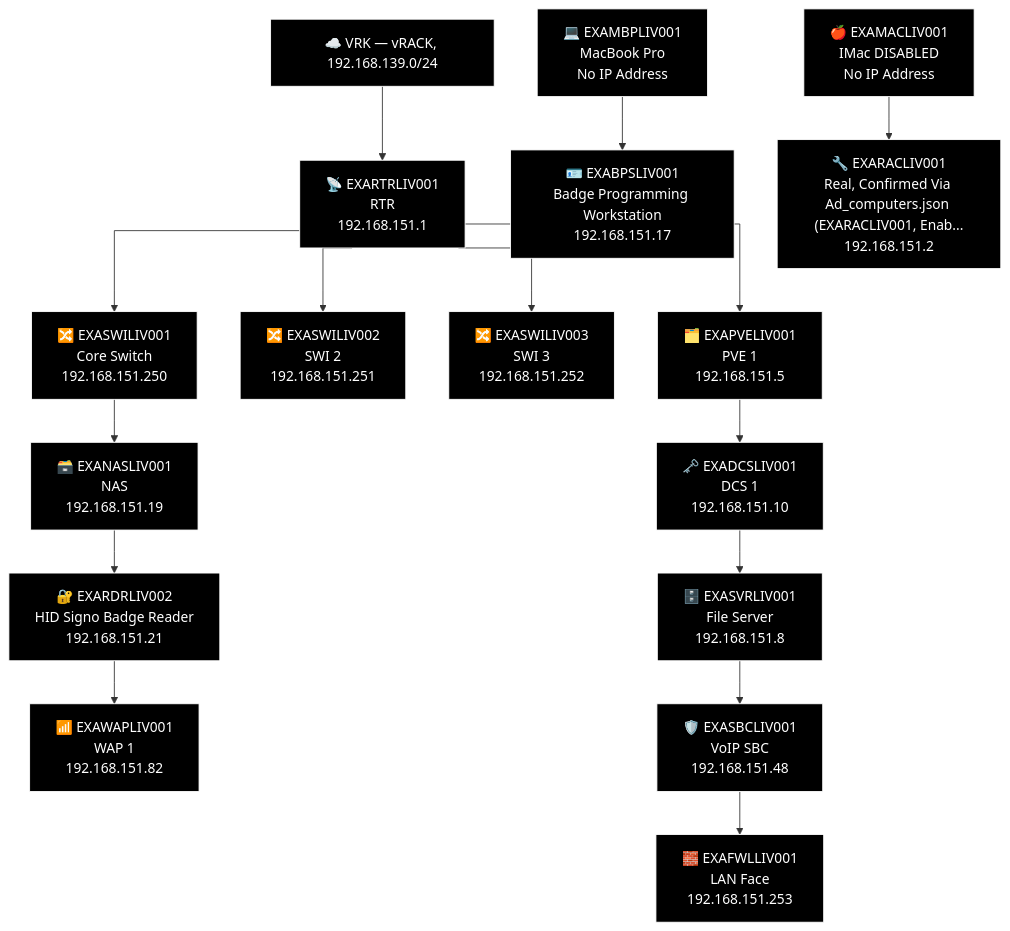
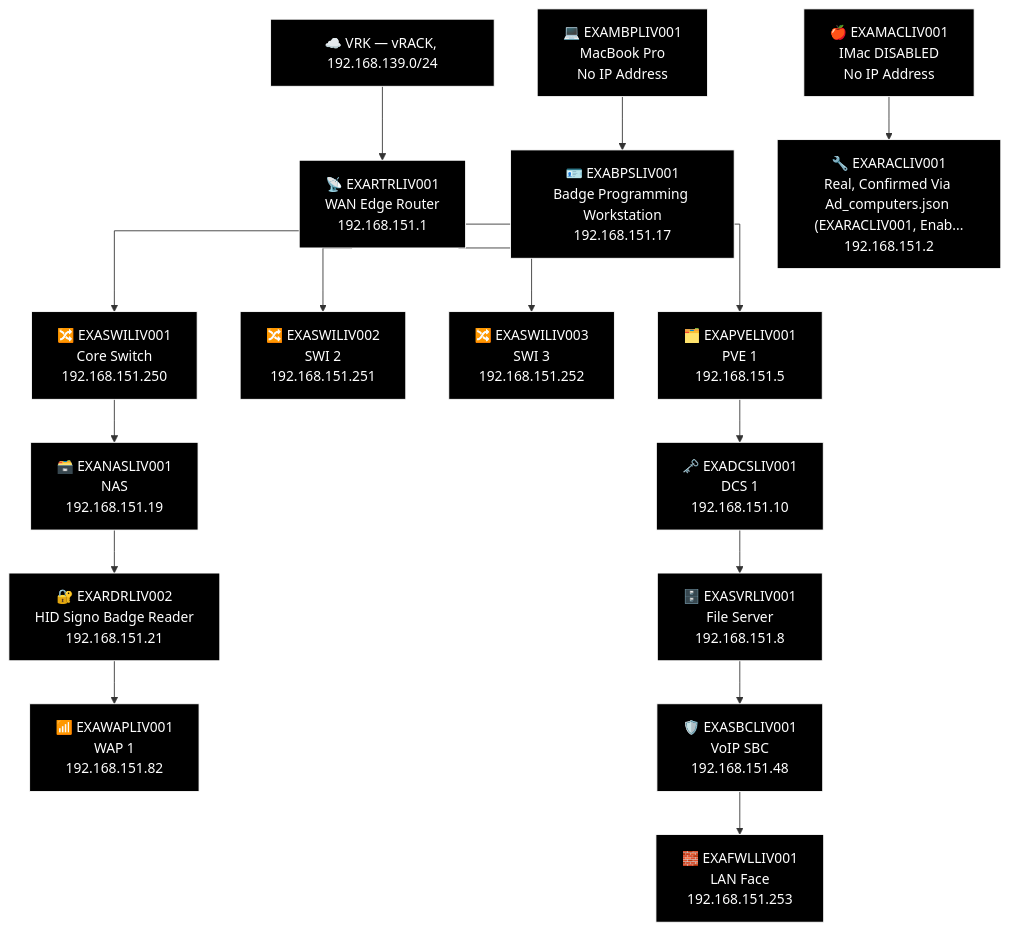
One commit to knightmare2600/example_music_infra changed diagram 12 of 27 in docs/network-diagram/england.md. Above: the diagram before and after it, drawn with Mermaid. The commit also changed other lines of this file and 17 other files, not shown here.

````diff
--- a/docs/network-diagram/england.md
+++ b/docs/network-diagram/england.md
@@ -594,49 +594,49 @@
 ```mermaid
 %% GENERATED:TOPOLOGY:LIV:START
 %%{init: {'flowchart': {'curve': 'stepAfter'}}}%%
 graph TD
     T_VRK["☁️ VRK — vRACK, 192.168.139.0/24"]
-    T_RTR["📡 EXARTRLIV001<br/>RTR<br/>192.168.151.1"]
+    T_RTR["📡 EXARTRLIV001<br/>WAN Edge Router<br/>192.168.151.1"]
     T_VRK --> T_RTR
     T_PVE["🗂️ EXAPVELIV001<br/>PVE 1<br/>192.168.151.5"]
     T_RTR --> T_PVE
     T_SWI["🔀 EXASWILIV002<br/>SWI 2<br/>192.168.151.251"]
     T_RTR --> T_SWI
     T_SWI2["🔀 EXASWILIV003<br/>SWI 3<br/>192.168.151.252"]
     T_RTR --> T_SWI2
     T_SWI3["🔀 EXASWILIV001<br/>Core Switch<br/>192.168.151.250"]
     T_RTR --> T_SWI3
     T_NAS["🗃️ EXANASLIV001<br/>NAS<br/>192.168.151.19"]
     T_RDR["🔐 EXARDRLIV002<br/>HID Signo Badge Reader<br/>192.168.151.21"]
     T_WAP["📶 EXAWAPLIV001<br/>WAP 1<br/>192.168.151.82"]
     T_SWI3 --> T_NAS --> T_RDR --> T_WAP
     T_DCS["🗝️ EXADCSLIV001<br/>DCS 1<br/>192.168.151.10"]
     T_SVR["🗄️ EXASVRLIV001<br/>File Server<br/>192.168.151.8"]
     T_SBC["🛡️ EXASBCLIV001<br/>VoIP SBC<br/>192.168.151.48"]
     T_FWL["🧱 EXAFWLLIV001<br/>LAN Face<br/>192.168.151.253"]
     T_PVE --> T_DCS --> T_SVR --> T_SBC --> T_FWL
     T_MBP["💻 EXAMBPLIV001<br/>MacBook Pro<br/>No IP Address"]
     T_MAC["🍎 EXAMACLIV001<br/>IMac DISABLED<br/>No IP Address"]
     T_BPS["🪪 EXABPSLIV001<br/>Badge Programming Workstation<br/>192.168.151.17"]
     T_RAC["🔧 EXARACLIV001<br/>Real, Confirmed Via Ad_computers.json (EXARACLIV001, Enab...<br/>192.168.151.2"]
     T_MBP --> T_BPS
     T_MAC --> T_RAC
     style T_VRK fill:#000000,stroke:#FFFFFF,color:#FFFFFF
     style T_RTR fill:#000000,stroke:#FFFFFF,color:#FFFFFF
     style T_PVE fill:#000000,stroke:#FFFFFF,color:#FFFFFF
     style T_SWI fill:#000000,stroke:#FFFFFF,color:#FFFFFF
     style T_SWI2 fill:#000000,stroke:#FFFFFF,color:#FFFFFF
     style T_SWI3 fill:#000000,stroke:#FFFFFF,color:#FFFFFF
     style T_NAS fill:#000000,stroke:#FFFFFF,color:#FFFFFF
     style T_RDR fill:#000000,stroke:#FFFFFF,color:#FFFFFF
     style T_WAP fill:#000000,stroke:#FFFFFF,color:#FFFFFF
     style T_DCS fill:#000000,stroke:#FFFFFF,color:#FFFFFF
     style T_SVR fill:#000000,stroke:#FFFFFF,color:#FFFFFF
     style T_SBC fill:#000000,stroke:#FFFFFF,color:#FFFFFF
     style T_FWL fill:#000000,stroke:#FFFFFF,color:#FFFFFF
     style T_MBP fill:#000000,stroke:#FFFFFF,color:#FFFFFF
     style T_MAC fill:#000000,stroke:#FFFFFF,color:#FFFFFF
     style T_BPS fill:#000000,stroke:#FFFFFF,color:#FFFFFF
     style T_RAC fill:#000000,stroke:#FFFFFF,color:#FFFFFF
 %% GENERATED:TOPOLOGY:LIV:END
 ```
````
